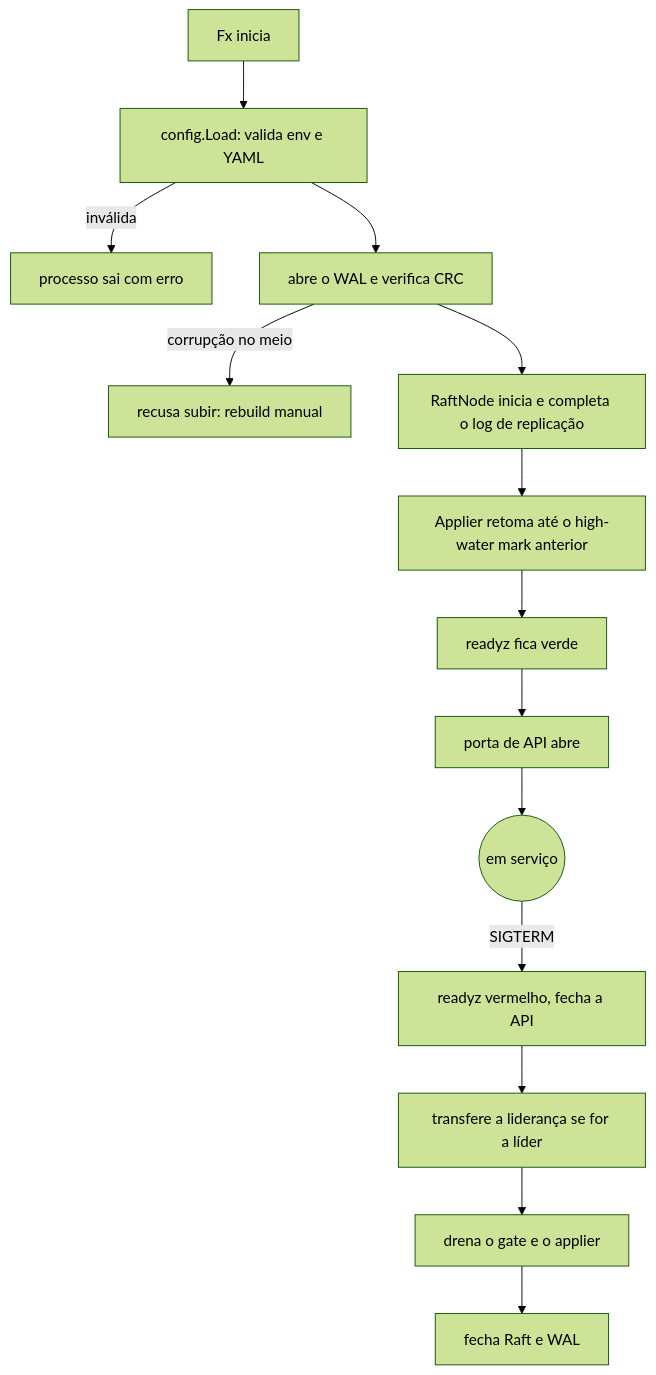
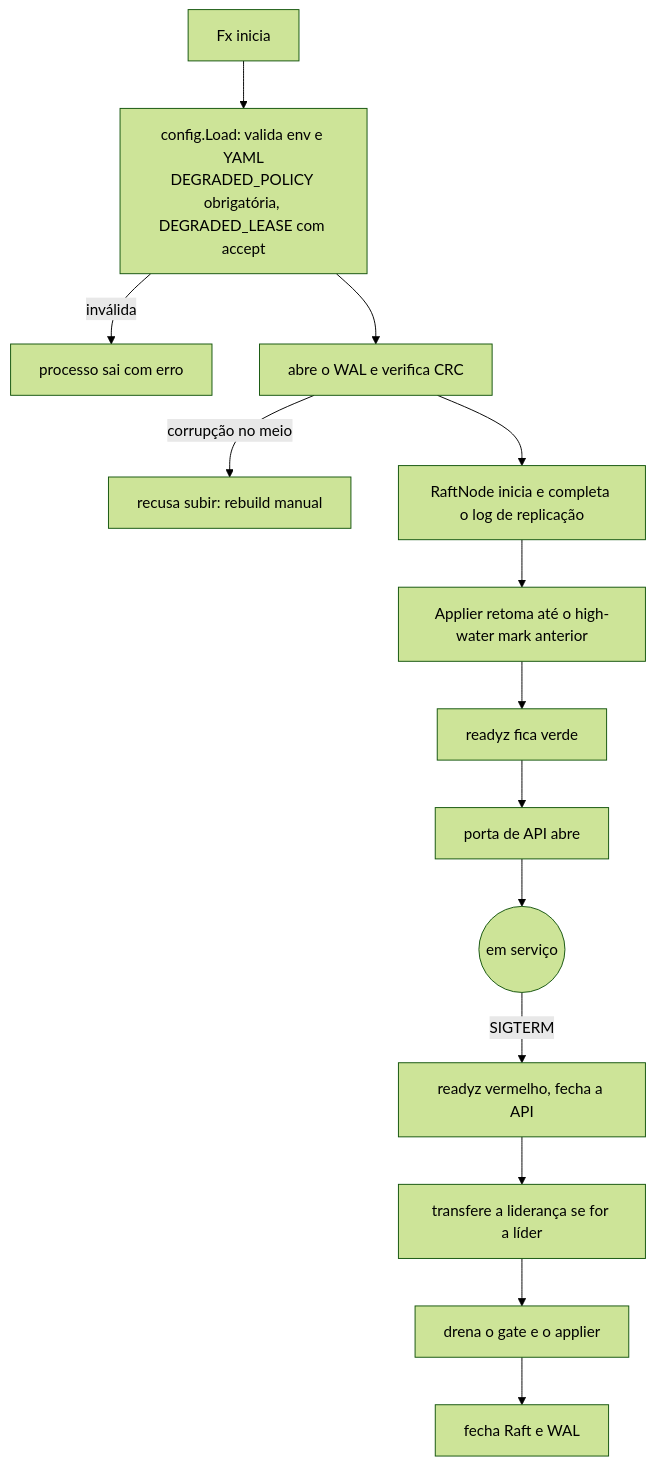
The sixth of 10 diagrams in 05_implementacao/02_desenho_e_diagramas.md (brbarmex/k), drawn with Mermaid (forest theme) before and after one commit. The commit also changed other lines of this file and 139 other files, not shown here.

````diff
--- a/05_implementacao/02_desenho_e_diagramas.md
+++ b/05_implementacao/02_desenho_e_diagramas.md
@@ -192,16 +202,16 @@
 ```mermaid
 flowchart TD
-    A["Fx inicia"] --> B["config.Load: valida env e YAML"]
+    A["Fx inicia"] --> B["config.Load: valida env e YAML<br/>DEGRADED_POLICY obrigatória, DEGRADED_LEASE com accept"]
     B -->|inválida| X["processo sai com erro"]
     B --> C["abre o WAL e verifica CRC"]
     C -->|corrupção no meio| Y["recusa subir: rebuild manual"]
     C --> D["RaftNode inicia e completa o log de replicação"]
     D --> E["Applier retoma até o high-water mark anterior"]
     E --> F["readyz fica verde"]
     F --> G["porta de API abre"]
     G --> H(("em serviço"))
     H -->|SIGTERM| I["readyz vermelho, fecha a API"]
     I --> J["transfere a liderança se for a líder"]
     J --> K["drena o gate e o applier"]
     K --> L["fecha Raft e WAL"]
 ```
````
